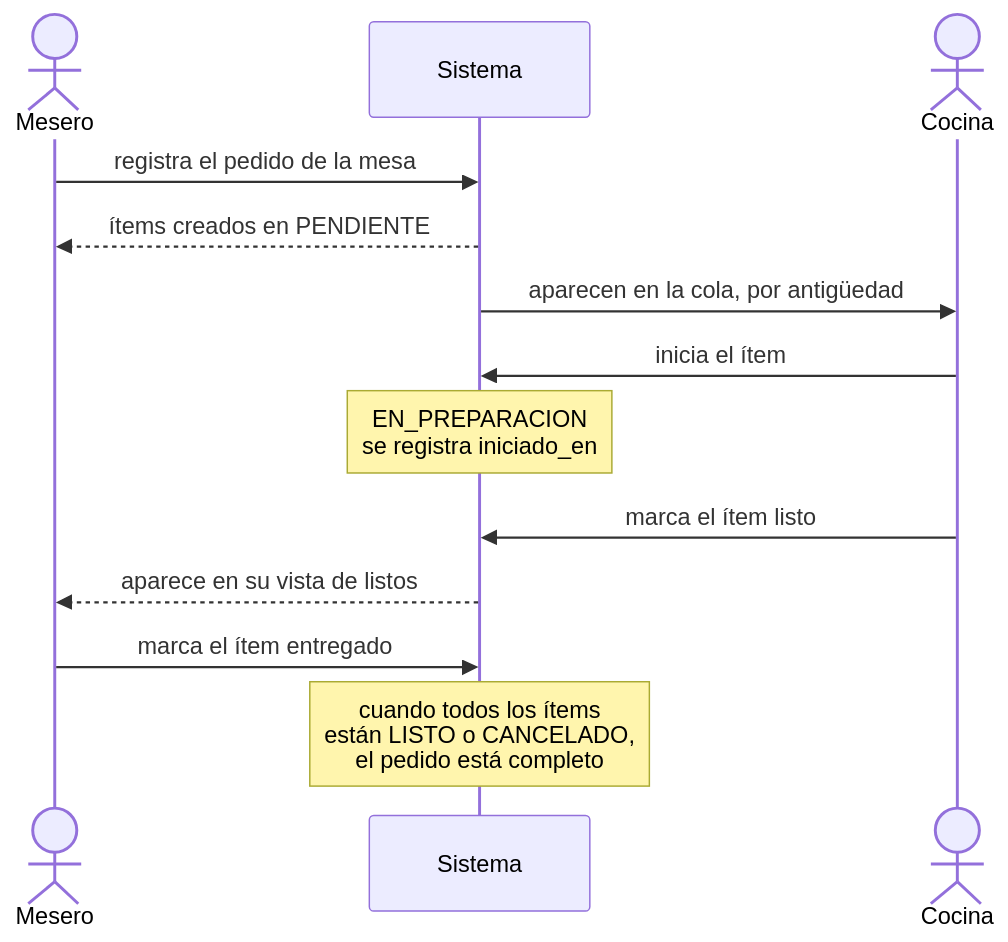
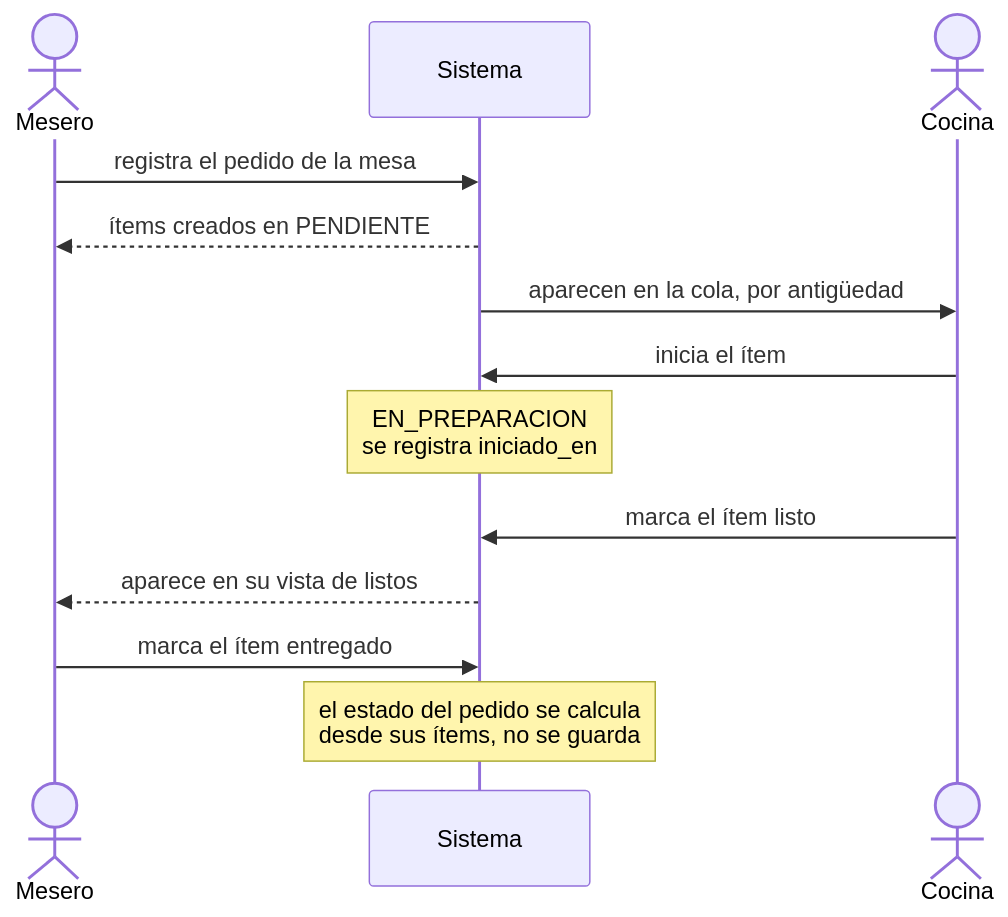
One commit to MaferCorzo14/comanda changed the first of 2 diagrams in docs/PLAN.md. Above: the diagram before and after it, drawn with Mermaid. The commit also changed other lines of this file, not shown here.

````diff
--- a/docs/PLAN.md
+++ b/docs/PLAN.md
@@ -72,16 +72,16 @@
 ```mermaid
 sequenceDiagram
     actor mesero as Mesero
     participant sistema as Sistema
     actor cocina as Cocina
  
     mesero->>sistema: registra el pedido de la mesa
     sistema-->>mesero: ítems creados en PENDIENTE
     sistema->>cocina: aparecen en la cola, por antigüedad
     cocina->>sistema: inicia el ítem
     Note over sistema: EN_PREPARACION<br/>se registra iniciado_en
     cocina->>sistema: marca el ítem listo
     sistema-->>mesero: aparece en su vista de listos
     mesero->>sistema: marca el ítem entregado
-    Note over sistema: cuando todos los ítems<br/>están LISTO o CANCELADO,<br/>el pedido está completo
+    Note over sistema: el estado del pedido se calcula<br/>desde sus ítems, no se guarda
 ```
````
